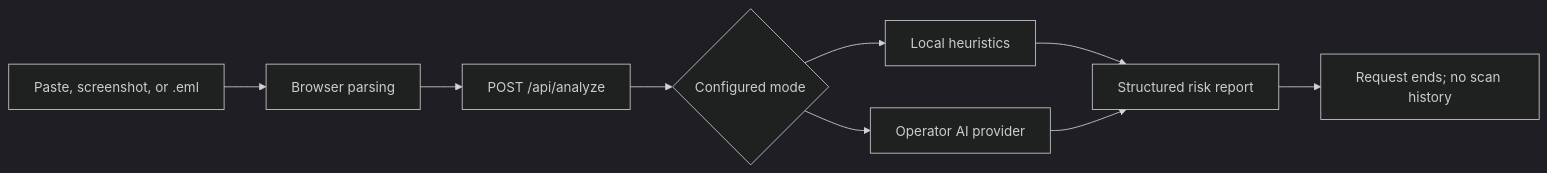
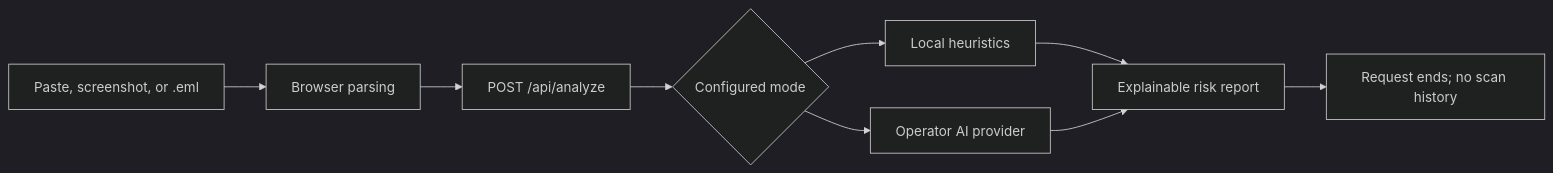
The diagram in README.md (MatthiasBusscher/Maillume), drawn with Mermaid (dark theme) before and after one commit. The commit also changed other lines of this file and 33 other files, not shown here.

````diff
--- a/README.md
+++ b/README.md
@@ -69,11 +96,11 @@
 ```mermaid
 flowchart LR
   A["Paste, screenshot, or .eml"] --> B["Browser parsing"]
   B --> C["POST /api/analyze"]
   C --> D{"Configured mode"}
   D --> E["Local heuristics"]
   D --> F["Operator AI provider"]
-  E --> G["Structured risk report"]
+  E --> G["Explainable risk report"]
   F --> G
   G --> H["Request ends; no scan history"]
 ```
````
